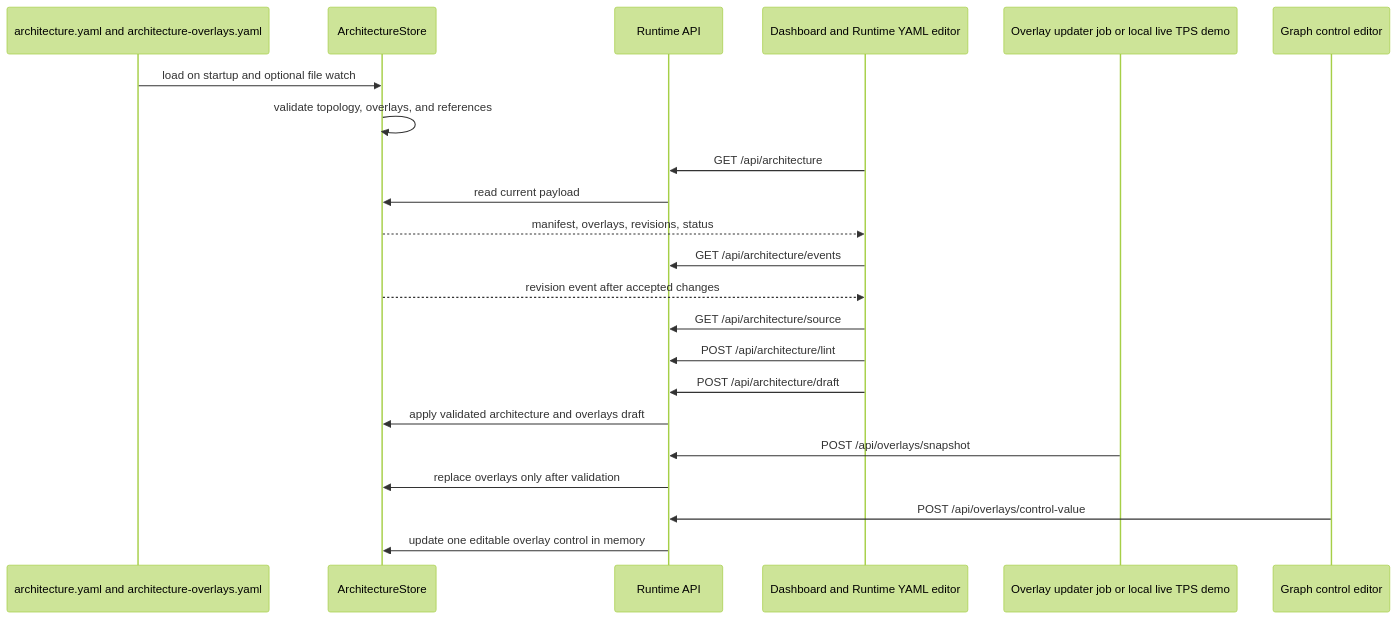
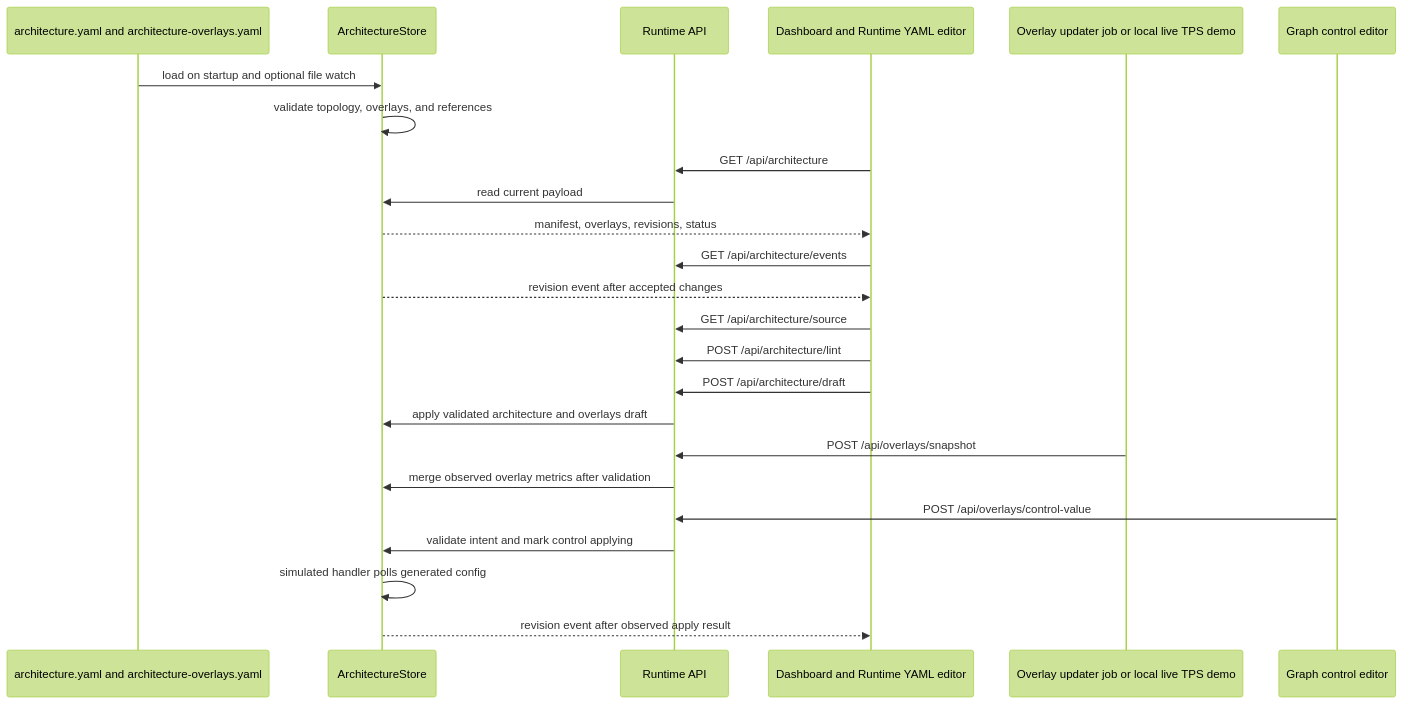
The diagram in README.md (camerondurham/data-pipeline-traffic-visualizer), drawn with Mermaid (forest theme) before and after one commit. The commit also changed other lines of this file and 17 other files, not shown here.

Commit message:
Add async graph control apply stub

````diff
--- a/README.md
+++ b/README.md
@@ -35,25 +35,27 @@
 ```mermaid
 sequenceDiagram
   participant Files as architecture.yaml and architecture-overlays.yaml
   participant Store as ArchitectureStore
   participant API as Runtime API
   participant Browser as Dashboard and Runtime YAML editor
   participant Updater as Overlay updater job or local live TPS demo
   participant Operator as Graph control editor
 
   Files->>Store: load on startup and optional file watch
   Store->>Store: validate topology, overlays, and references
   Browser->>API: GET /api/architecture
   API->>Store: read current payload
   Store-->>Browser: manifest, overlays, revisions, status
   Browser->>API: GET /api/architecture/events
   Store-->>Browser: revision event after accepted changes
   Browser->>API: GET /api/architecture/source
   Browser->>API: POST /api/architecture/lint
   Browser->>API: POST /api/architecture/draft
   API->>Store: apply validated architecture and overlays draft
   Updater->>API: POST /api/overlays/snapshot
-  API->>Store: replace overlays only after validation
+  API->>Store: merge observed overlay metrics after validation
   Operator->>API: POST /api/overlays/control-value
-  API->>Store: update one editable overlay control in memory
+  API->>Store: validate intent and mark control applying
+  Store->>Store: simulated handler polls generated config
+  Store-->>Browser: revision event after observed apply result
 ```
````
